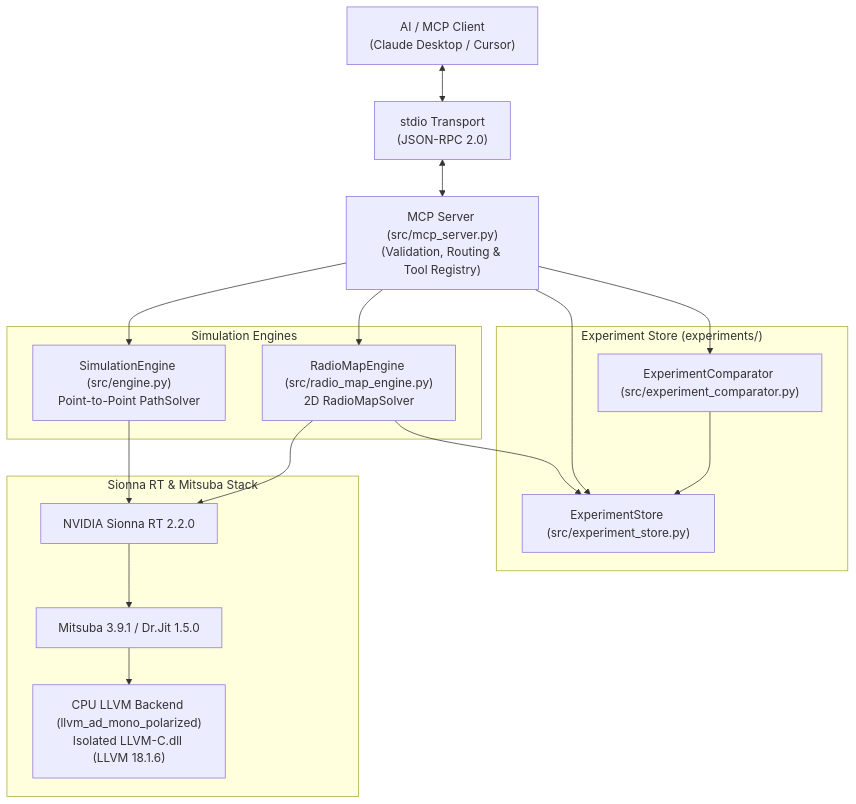
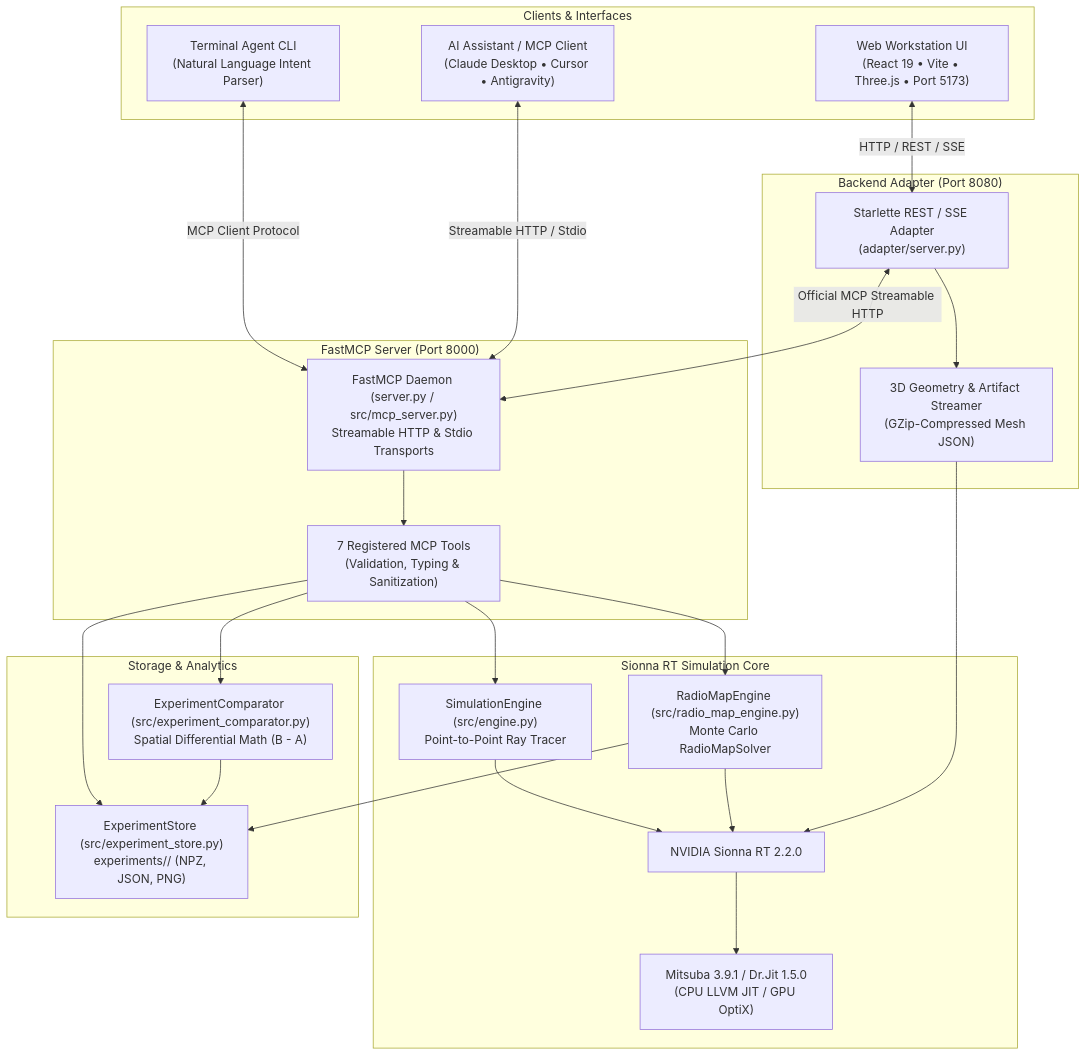
The diagram in README.md (sarveshgr17/sionna_rt_mcp), drawn with Mermaid before and after one commit. The commit also changed other lines of this file and 9 other files, not shown here.

Commit message:
feat: add comprehensive README, gitignore, and 3D ray-tracing simulation artifacts

````diff
--- a/README.md
+++ b/README.md
@@ -42,35 +77,50 @@
 ```mermaid
 flowchart TD
-    Client["AI / MCP Client\n(Claude Desktop / Cursor)"]
-    Transport["stdio Transport\n(JSON-RPC 2.0)"]
-    Server["MCP Server (src/mcp_server.py)\n(Validation, Routing & Tool Registry)"]
-    
-    subgraph Engines["Simulation Engines"]
-        P2P["SimulationEngine (src/engine.py)\nPoint-to-Point PathSolver"]
-        RM["RadioMapEngine (src/radio_map_engine.py)\n2D RadioMapSolver"]
-    end
-    
-    subgraph Stack["Sionna RT & Mitsuba Stack"]
-        Sionna["NVIDIA Sionna RT 2.2.0"]
-        Mitsuba["Mitsuba 3.9.1 / Dr.Jit 1.5.0"]
-        LLVM["CPU LLVM Backend (llvm_ad_mono_polarized)\nIsolated LLVM-C.dll (LLVM 18.1.6)"]
-    end
-    
-    subgraph Storage["Experiment Store (experiments/)"]
-        Store["ExperimentStore (src/experiment_store.py)"]
-        Comp["ExperimentComparator (src/experiment_comparator.py)"]
+    subgraph Clients["Clients & Interfaces"]
+        WebUI["Web Workstation UI\n(React 19 • Vite • Three.js • Port 5173)"]
+        TermAgent["Terminal Agent CLI\n(Natural Language Intent Parser)"]
+        AIAssistant["AI Assistant / MCP Client\n(Claude Desktop • Cursor • Antigravity)"]
     end
 
-    Client <--> Transport
-    Transport <--> Server
-    Server --> P2P
-    Server --> RM
-    P2P --> Sionna
-    RM --> Sionna
+    subgraph AdapterLayer["Backend Adapter (Port 8080)"]
+        Starlette["Starlette REST / SSE Adapter\n(adapter/server.py)"]
+        GeomAPI["3D Geometry & Artifact Streamer\n(GZip-Compressed Mesh JSON)"]
+    end
+
+    subgraph MCPLayer["FastMCP Server (Port 8000)"]
+        FastMCP["FastMCP Daemon (server.py / src/mcp_server.py)\nStreamable HTTP & Stdio Transports"]
+        ToolRegistry["7 Registered MCP Tools\n(Validation, Typing & Sanitization)"]
+    end
+
+    subgraph SimulationCore["Sionna RT Simulation Core"]
+        P2PEngine["SimulationEngine (src/engine.py)\nPoint-to-Point Ray Tracer"]
+        RMEngine["RadioMapEngine (src/radio_map_engine.py)\nMonte Carlo RadioMapSolver"]
+        Sionna["NVIDIA Sionna RT 2.2.0"]
+        Mitsuba["Mitsuba 3.9.1 / Dr.Jit 1.5.0\n(CPU LLVM JIT / GPU OptiX)"]
+    end
+
+    subgraph Persistence["Storage & Analytics"]
+        ExpStore["ExperimentStore (src/experiment_store.py)\nexperiments/<id>/ (NPZ, JSON, PNG)"]
+        ExpComp["ExperimentComparator (src/experiment_comparator.py)\nSpatial Differential Math (B - A)"]
+    end
+
+    WebUI <-->|"HTTP / REST / SSE"| Starlette
+    Starlette <-->|"Official MCP Streamable HTTP"| FastMCP
+    TermAgent <-->|"MCP Client Protocol"| FastMCP
+    AIAssistant <-->|"Streamable HTTP / Stdio"| FastMCP
+
+    FastMCP --> ToolRegistry
+    ToolRegistry --> P2PEngine
+    ToolRegistry --> RMEngine
+    ToolRegistry --> ExpStore
+    ToolRegistry --> ExpComp
+
+    P2PEngine --> Sionna
+    RMEngine --> Sionna
     Sionna --> Mitsuba
-    Mitsuba --> LLVM
-    RM --> Store
-    Server --> Store
-    Server --> Comp
-    Comp --> Store
+
+    RMEngine --> ExpStore
+    ExpComp --> ExpStore
+    Starlette --> GeomAPI
+    GeomAPI --> Sionna
 ```
````
